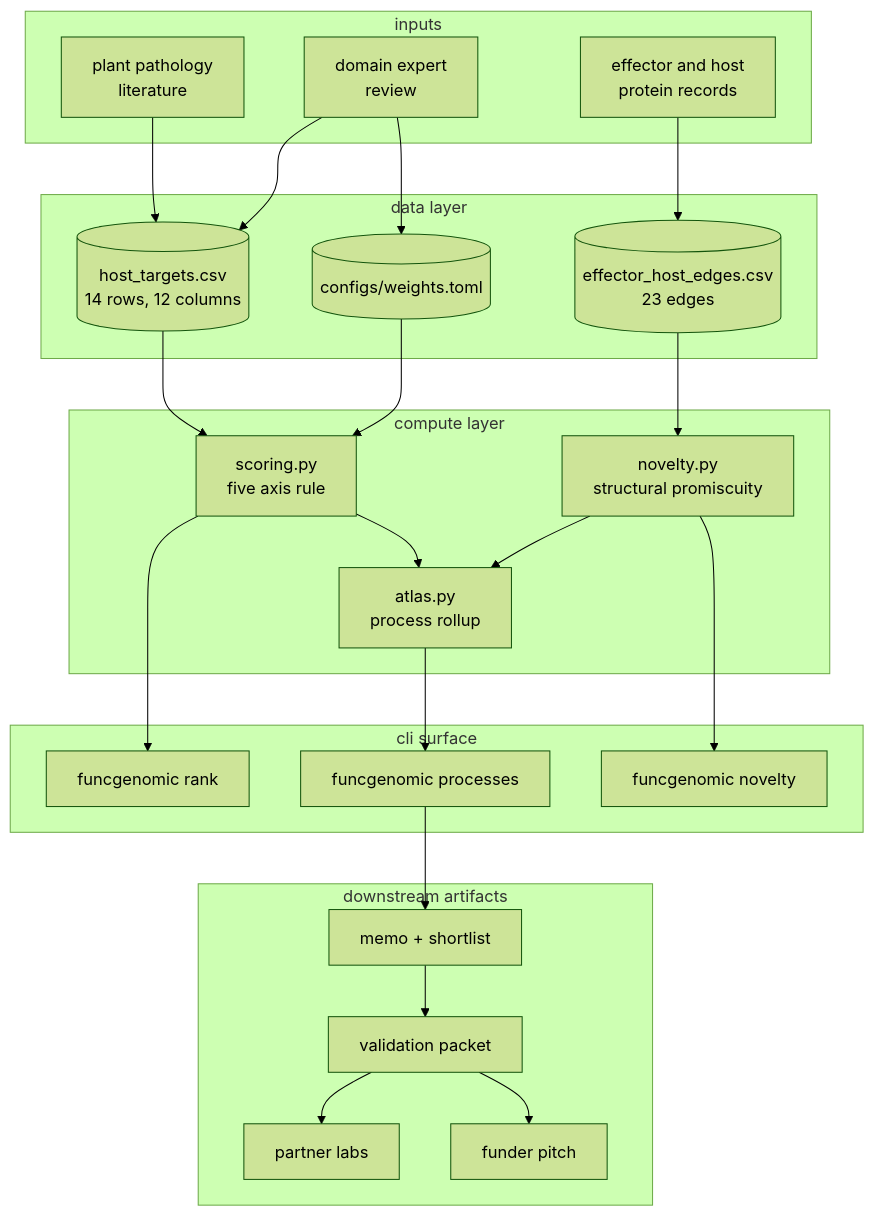
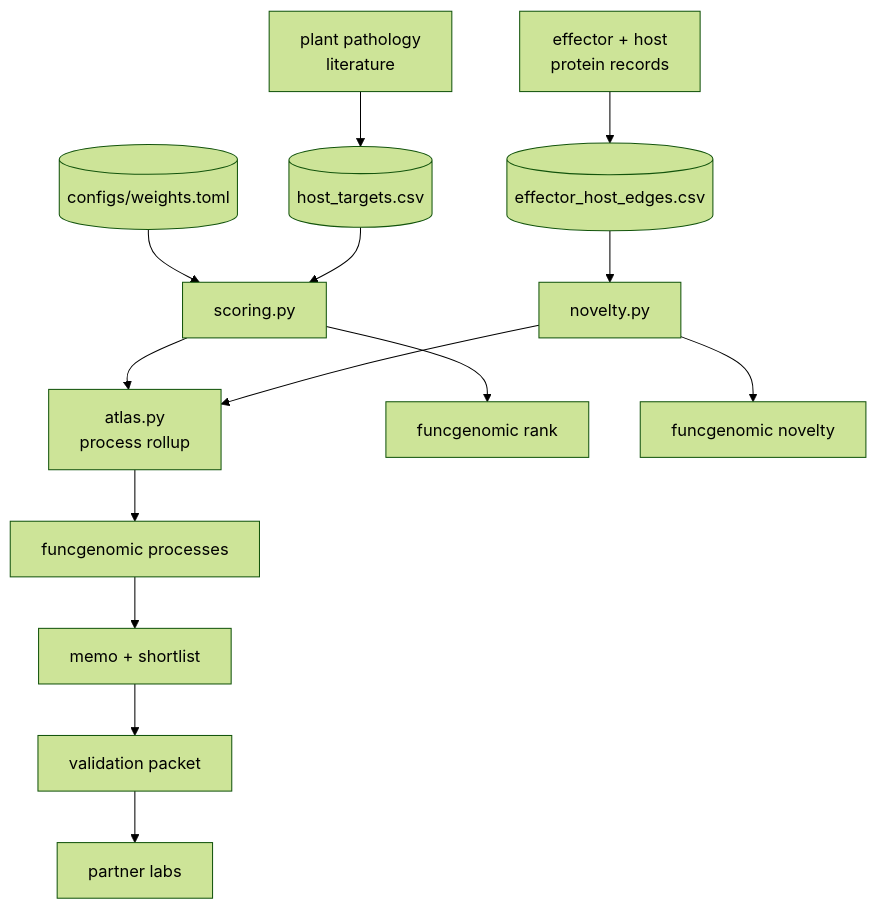
Before and after one commit to ABengani17/funcgenomic: the diagram in docs/architecture.md, drawn with Mermaid (forest theme). The commit also changed other lines of this file and 5 other files, not shown here.

Commit message:
Trim README and docs: drop fluff, keep substance and one main diagram

````diff
--- a/docs/architecture.md
+++ b/docs/architecture.md
@@ -5,45 +3,16 @@
 ```mermaid
 flowchart TB
-  subgraph inputs[inputs]
-    L[plant pathology<br/>literature]
-    P[effector and host<br/>protein records]
-    D[domain expert<br/>review]
-  end
-  subgraph data[data layer]
-    A[(host_targets.csv<br/>14 rows, 12 columns)]
-    E[(effector_host_edges.csv<br/>23 edges)]
-    W[(configs/weights.toml)]
-  end
-  subgraph compute[compute layer]
-    S[scoring.py<br/>five axis rule]
-    AT[atlas.py<br/>process rollup]
-    N[novelty.py<br/>structural promiscuity]
-  end
-  subgraph cli[cli surface]
-    R1[funcgenomic rank]
-    R2[funcgenomic processes]
-    R3[funcgenomic novelty]
-  end
-  subgraph downstream[downstream artifacts]
-    M[memo + shortlist]
-    V[validation packet]
-    H[partner labs]
-    F[funder pitch]
-  end
-  L --> A
-  P --> E
-  D --> A
-  D --> W
+  L[plant pathology<br/>literature] --> A[(host_targets.csv)]
+  P[effector + host<br/>protein records] --> E[(effector_host_edges.csv)]
+  W[(configs/weights.toml)] --> S[scoring.py]
   A --> S
-  W --> S
-  E --> N
-  S --> AT
+  S --> AT[atlas.py<br/>process rollup]
+  E --> N[novelty.py]
   N --> AT
-  S --> R1
-  AT --> R2
-  N --> R3
-  R2 --> M
-  M --> V
-  V --> H
-  V --> F
+  S --> R1[funcgenomic rank]
+  AT --> R2[funcgenomic processes]
+  N --> R3[funcgenomic novelty]
+  R2 --> M[memo + shortlist]
+  M --> V[validation packet]
+  V --> H[partner labs]
 ```
````
